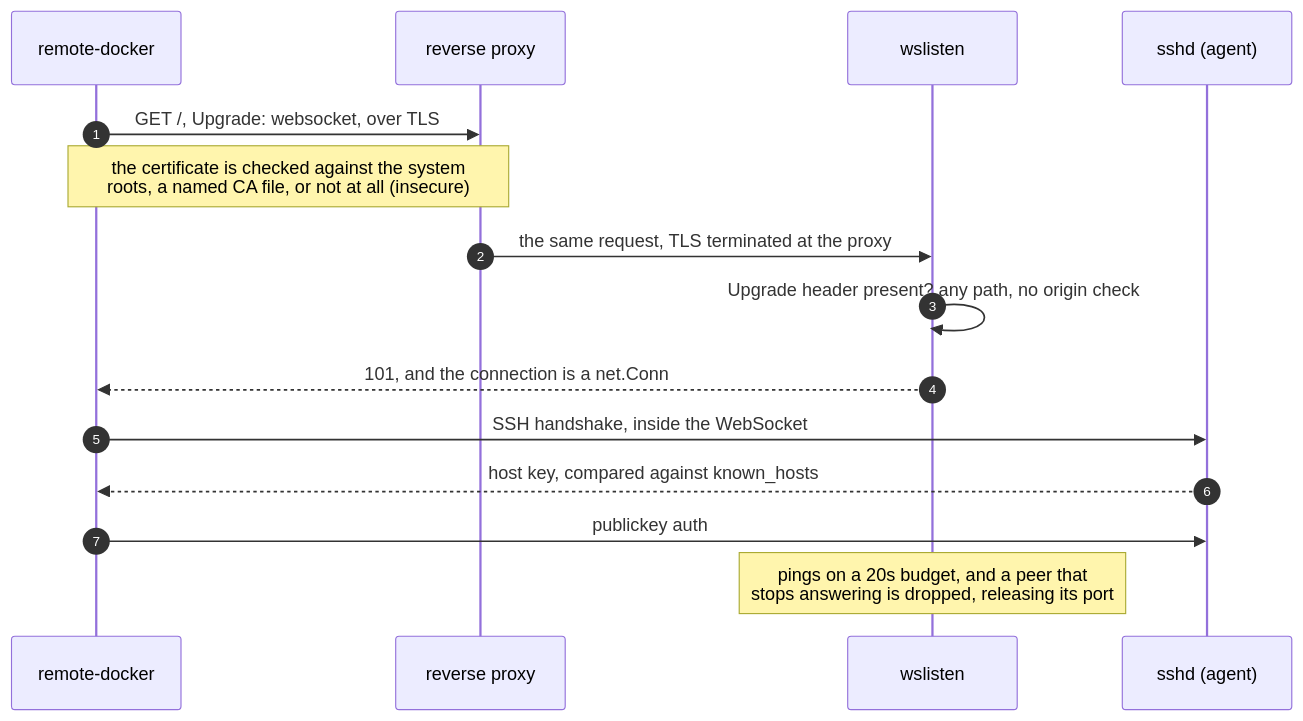
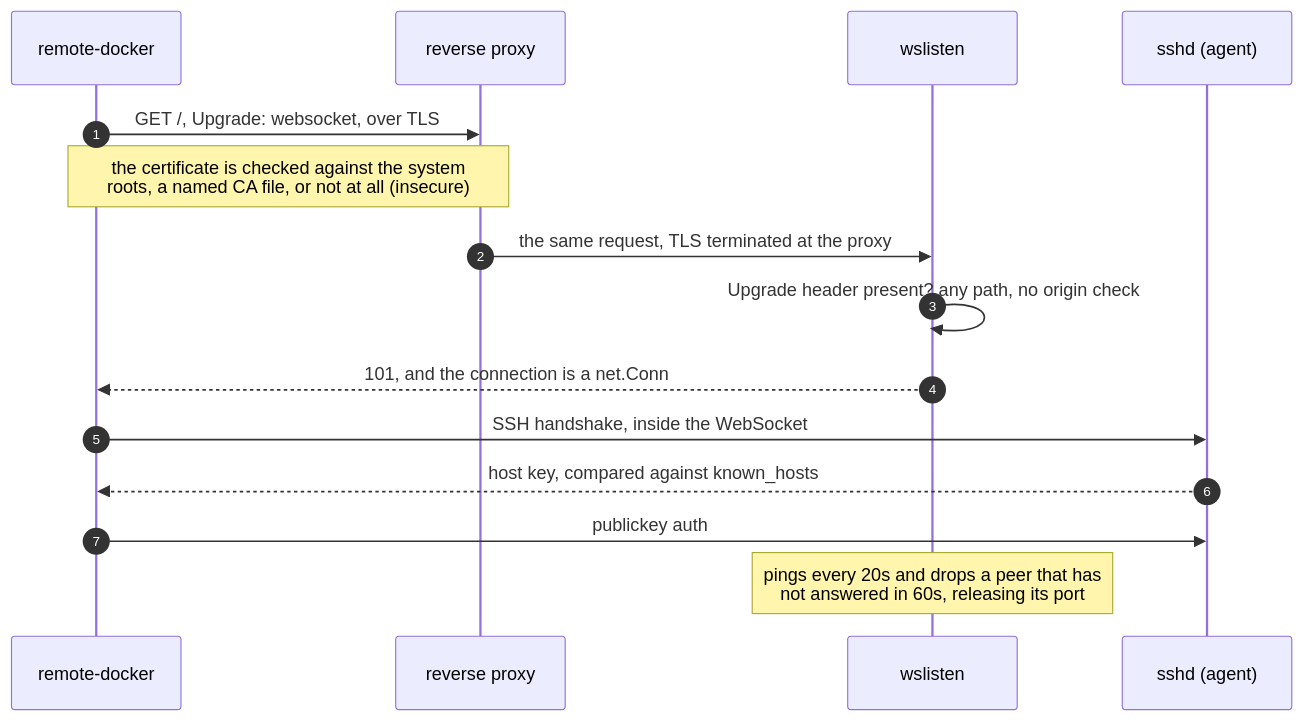
One commit to lhns/remote-docker changed the third of 11 diagrams in docs/threat-model.md. Above: the diagram before and after it, drawn with Mermaid. The commit also changed other lines of this file and 147 other files, not shown here.

````diff
--- a/docs/threat-model.md
+++ b/docs/threat-model.md
@@ -188,18 +188,18 @@
 ```mermaid
 sequenceDiagram
     autonumber
     participant C as remote-docker
     participant P as reverse proxy
     participant W as wslisten
     participant A as sshd (agent)
 
     C->>P: GET /, Upgrade: websocket, over TLS
     Note over C,P: the certificate is checked against the system<br/>roots, a named CA file, or not at all (insecure)
     P->>W: the same request, TLS terminated at the proxy
     W->>W: Upgrade header present? any path, no origin check
     W-->>C: 101, and the connection is a net.Conn
     C->>A: SSH handshake, inside the WebSocket
     A-->>C: host key, compared against known_hosts
     C->>A: publickey auth
-    Note over W: pings on a 20s budget, and a peer that<br/>stops answering is dropped, releasing its port
+    Note over W: pings every 20s and drops a peer that has<br/>not answered in 60s, releasing its port
 ```
````
